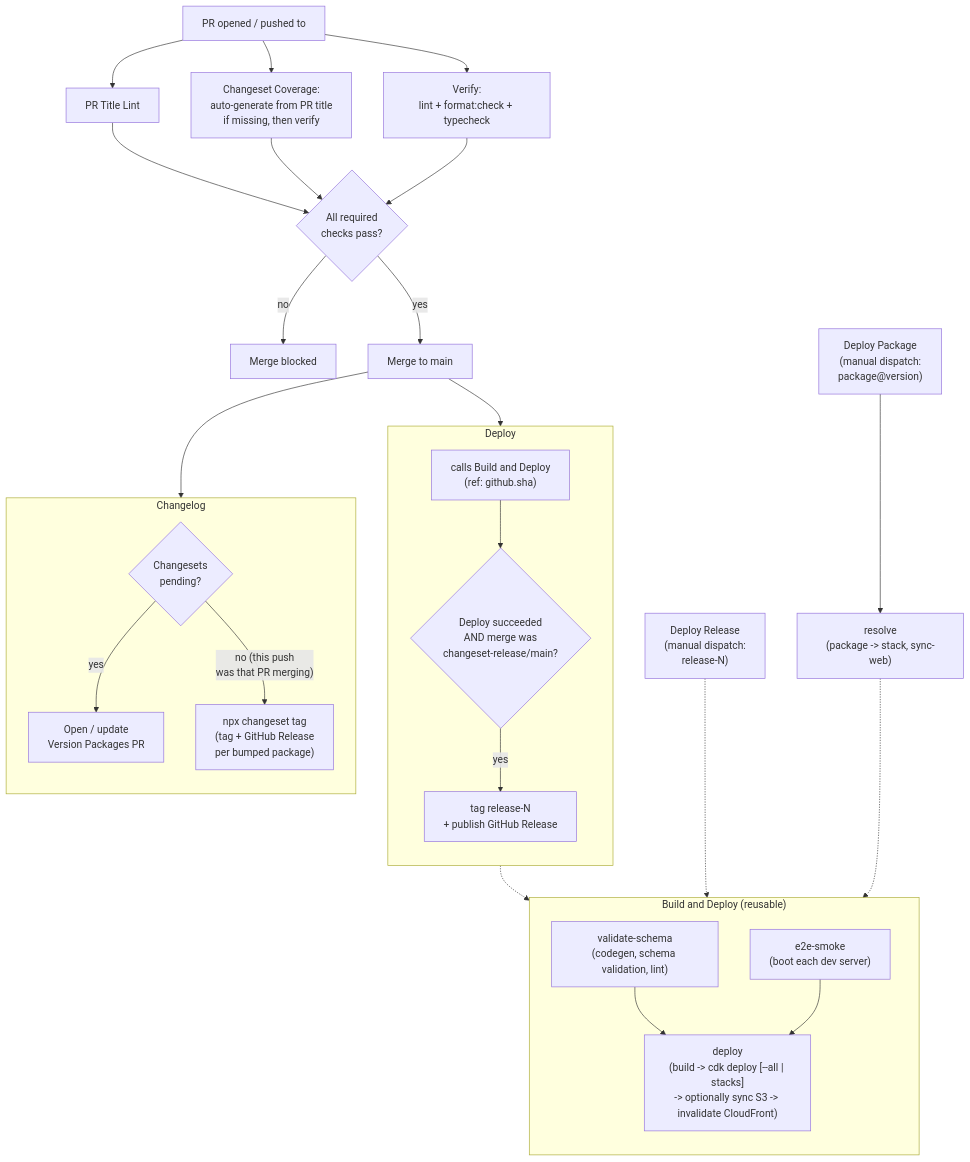
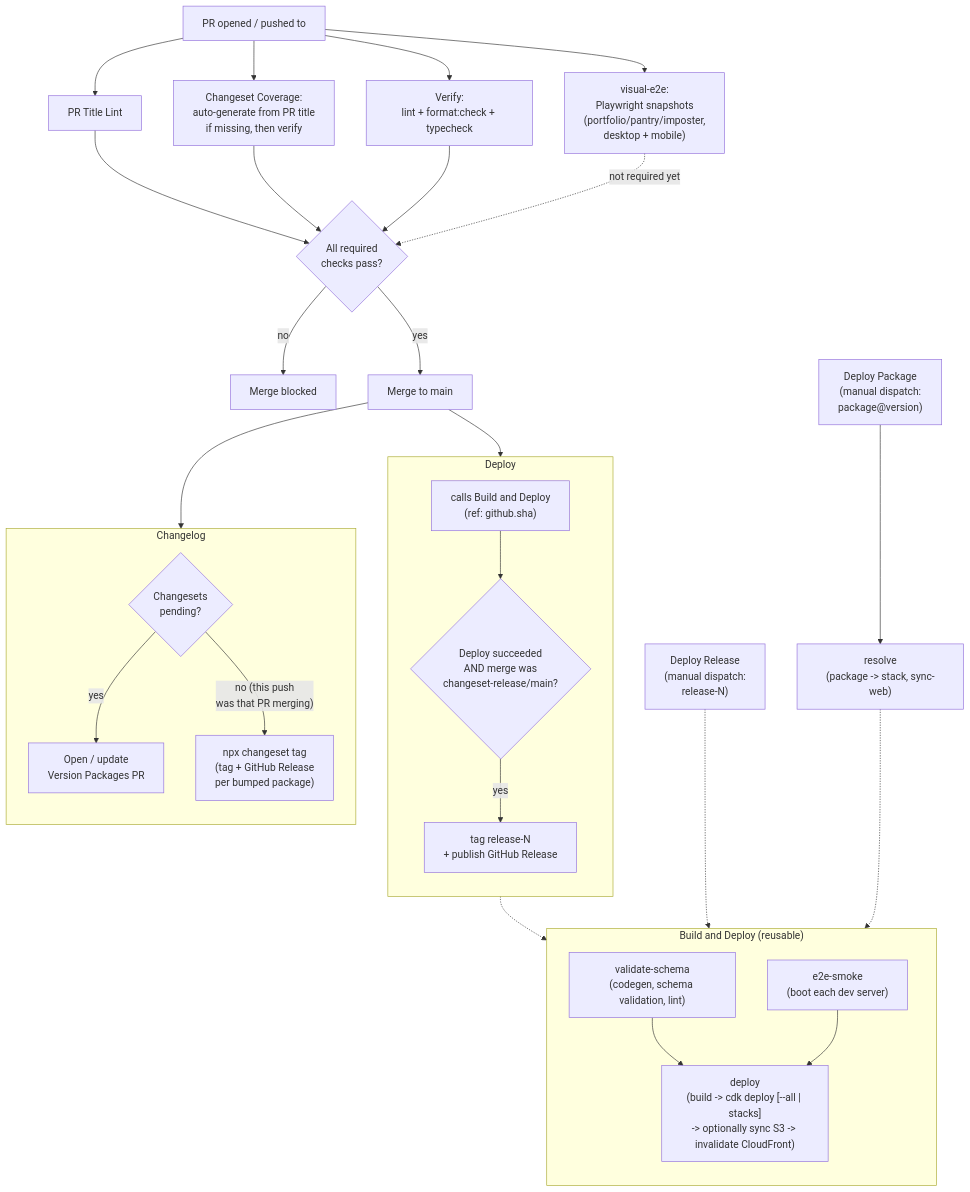
The diagram in .github/workflows/README.md (peter-tr/petertran.au), drawn with Mermaid before and after one commit. The commit also changed other lines of this file and 18 other files, not shown here.

````diff
--- a/.github/workflows/README.md
+++ b/.github/workflows/README.md
@@ -16,48 +17,50 @@
 ```mermaid
 flowchart TD
     open["PR opened / pushed to"]
     open --> title["PR Title Lint"]
     open --> coverage["Changeset Coverage:\nauto-generate from PR title\nif missing, then verify"]
     open --> verify["Verify:\nlint + format:check + typecheck"]
+    open --> visual["visual-e2e:\nPlaywright snapshots\n(portfolio/pantry/imposter,\ndesktop + mobile)"]
 
     title --> gate{"All required\nchecks pass?"}
     coverage --> gate
     verify --> gate
+    visual -.->|"not required yet"| gate
     gate -- no --> blocked["Merge blocked"]
     gate -- yes --> merge["Merge to main"]
 
     merge --> deploy_start["Deploy workflow"]
     merge --> changelog_start["Changelog workflow"]
 
     subgraph buildDeploy["Build and Deploy (reusable)"]
         direction TB
         d1["validate-schema\n(codegen, schema validation, lint)"]
         d2["e2e-smoke\n(boot each dev server)"]
         d3["deploy\n(build -> cdk deploy [--all | stacks]\n-> optionally sync S3 -> invalidate CloudFront)"]
         d1 --> d3
         d2 --> d3
     end
 
     subgraph deploy_start["Deploy"]
         direction TB
         call1["calls Build and Deploy\n(ref: github.sha)"]
         relgate{"Deploy succeeded\nAND merge was\nchangeset-release/main?"}
         reltag["tag release-N\n+ publish GitHub Release"]
         call1 --> relgate
         relgate -- yes --> reltag
     end
     call1 -.-> buildDeploy
 
     subgraph changelog_start["Changelog"]
         direction TB
         pending{"Changesets\npending?"}
         vpr["Open / update\nVersion Packages PR"]
         tag["npx changeset tag\n(tag + GitHub Release\nper bumped package)"]
         pending -- yes --> vpr
         pending -- "no (this push\nwas that PR merging)" --> tag
     end
 
     releaseDispatch["Deploy Release\n(manual dispatch:\nrelease-N)"] -.-> buildDeploy
     packageDispatch["Deploy Package\n(manual dispatch:\npackage@version)"] --> resolve["resolve\n(package -> stack, sync-web)"]
     resolve -.-> buildDeploy
 ```
````
